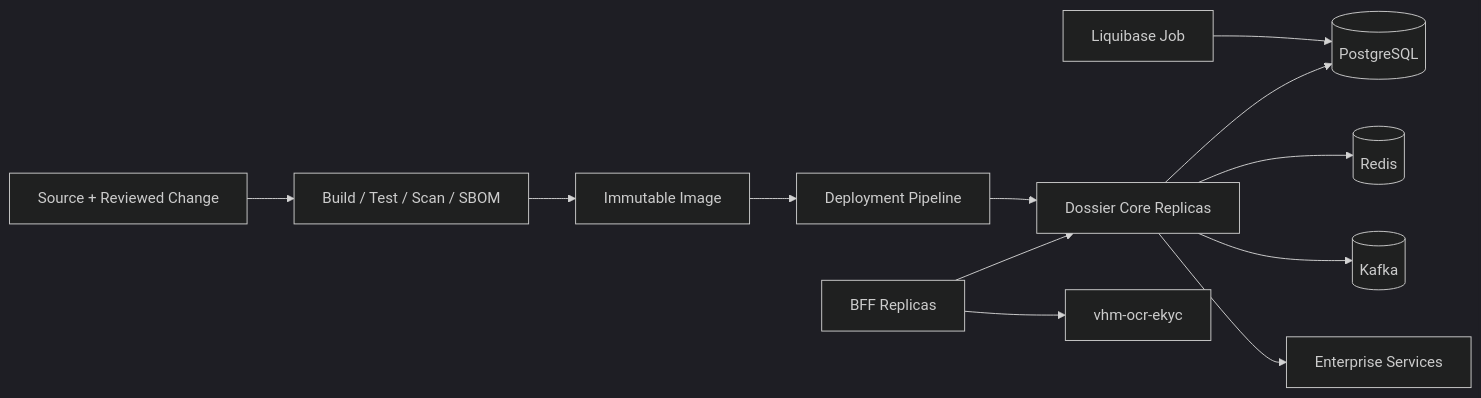
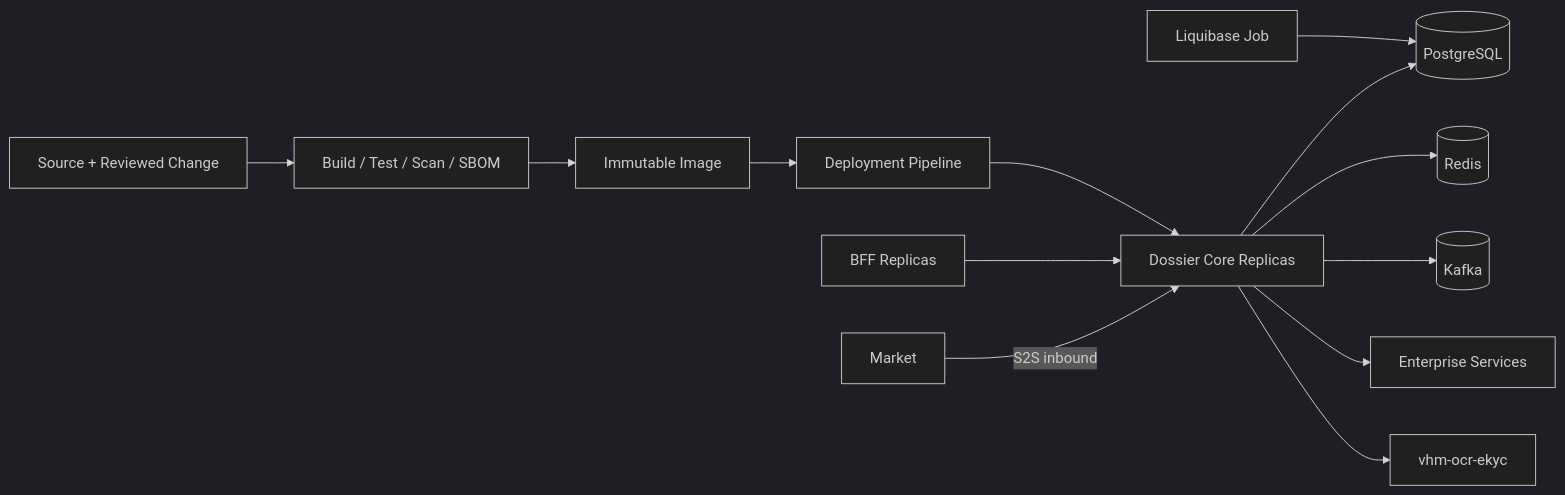
Before and after one commit to huynv-xyz/vhm: the ninth of 9 diagrams in tdd-dossier.md, drawn with Mermaid (dark theme). The commit also changed other lines of this file, not shown here.

````diff
--- a/tdd-dossier.md
+++ b/tdd-dossier.md
@@ -795,14 +846,15 @@
 ```mermaid
 flowchart LR
     Git[Source + Reviewed Change] --> CI[Build / Test / Scan / SBOM]
     CI --> Image[Immutable Image]
     Image --> Deploy[Deployment Pipeline]
     Migration[Liquibase Job] --> DB[(PostgreSQL)]
     Deploy --> Core[Dossier Core Replicas]
     Core --> DB
     Core --> Redis[(Redis)]
     Core --> Kafka[(Kafka)]
     Core --> Ext[Enterprise Services]
     BFF[BFF Replicas] --> Core
-    BFF --> OCR[vhm-ocr-ekyc]
+    Market[Market] -->|S2S inbound| Core
+    Core --> OCR[vhm-ocr-ekyc]
 ```
````
